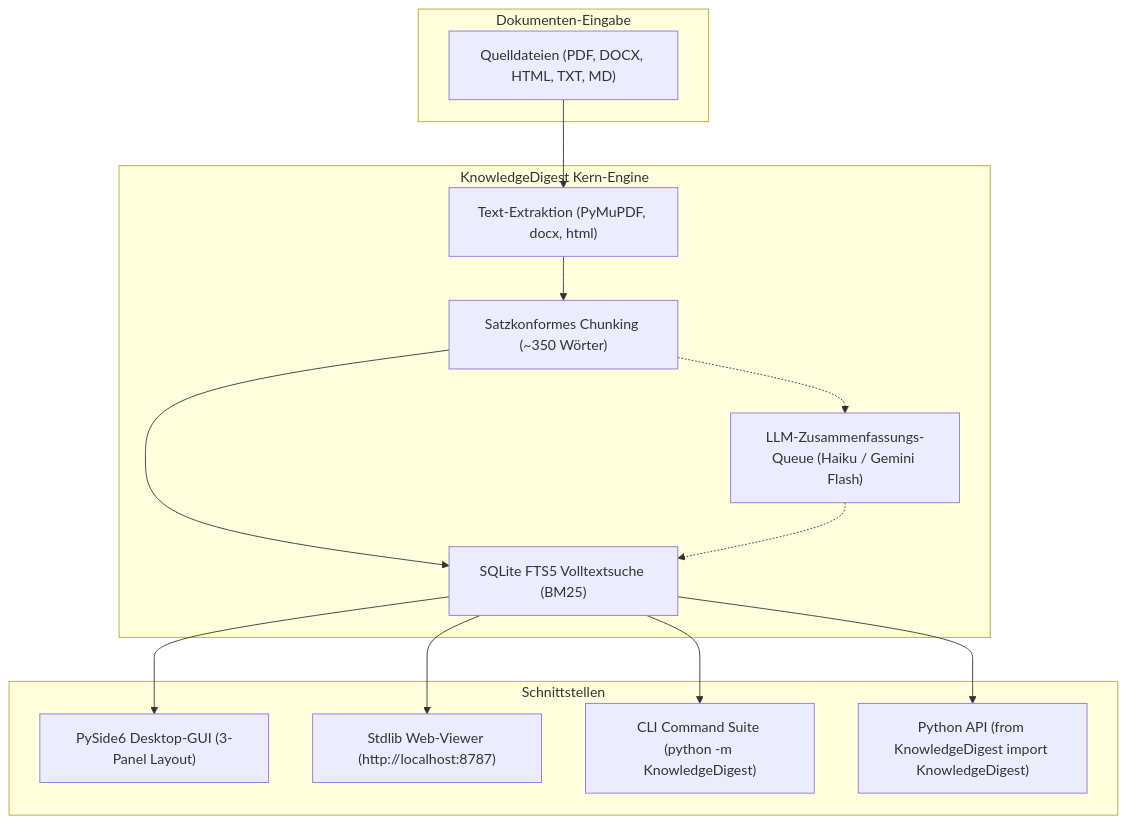
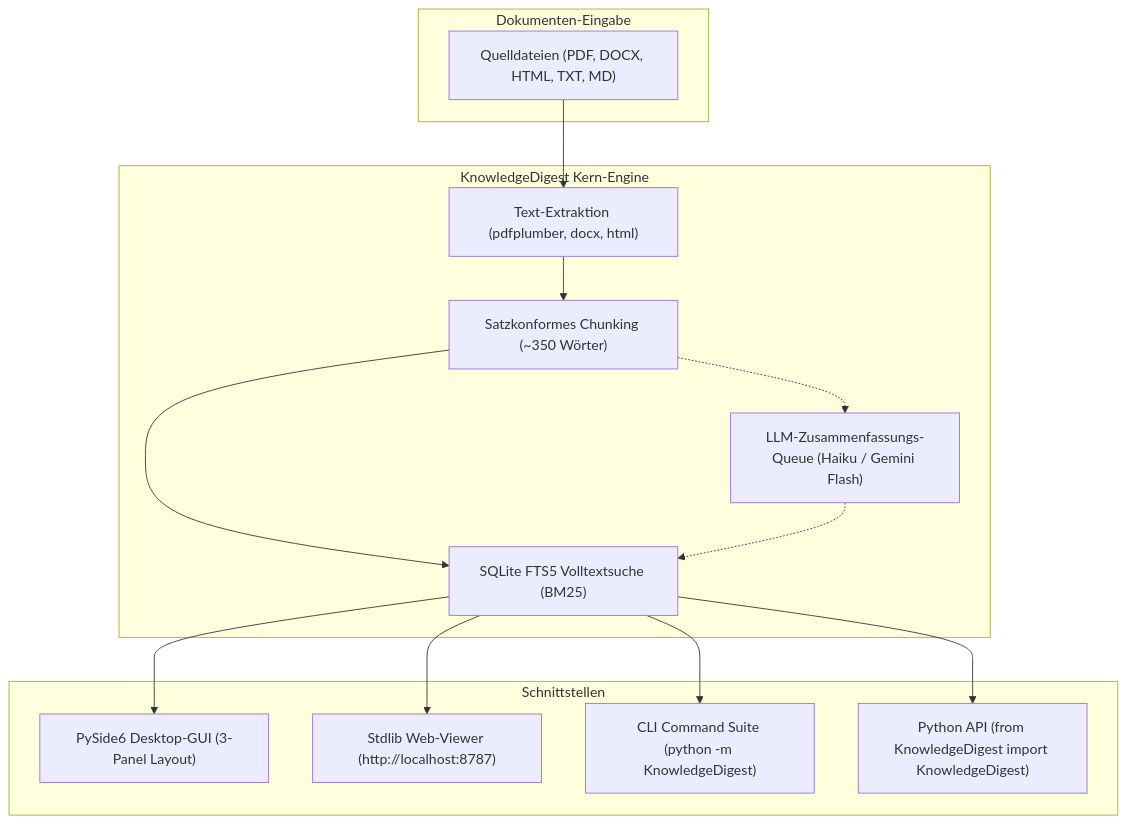
The diagram in README_de.md (file-bricks/KnowledgeDigest), drawn with Mermaid before and after one commit. The commit also changed other lines of this file and 4 other files, not shown here.

````diff
--- a/README_de.md
+++ b/README_de.md
@@ -23,30 +23,30 @@
 ```mermaid
 flowchart TD
     subgraph Input["Dokumenten-Eingabe"]
         DOCS["Quelldateien (PDF, DOCX, HTML, TXT, MD)"]
     end
 
     subgraph CoreEngine["KnowledgeDigest Kern-Engine"]
-        EXT["Text-Extraktion (PyMuPDF, docx, html)"]
+        EXT["Text-Extraktion (pdfplumber, docx, html)"]
         CHUNK["Satzkonformes Chunking (~350 Wörter)"]
         FTS["SQLite FTS5 Volltextsuche (BM25)"]
         SUMM["LLM-Zusammenfassungs-Queue (Haiku / Gemini Flash)"]
     end
 
     subgraph Interfaces["Schnittstellen"]
         GUI["PySide6 Desktop-GUI (3-Panel Layout)"]
         WEB["Stdlib Web-Viewer (http://localhost:8787)"]
         CLI["CLI Command Suite (python -m KnowledgeDigest)"]
         API["Python API (from KnowledgeDigest import KnowledgeDigest)"]
     end
 
     DOCS --> EXT
     EXT --> CHUNK
     CHUNK --> FTS
     CHUNK -.-> SUMM
     SUMM -.-> FTS
     FTS --> GUI
     FTS --> WEB
     FTS --> CLI
     FTS --> API
 ```
````
